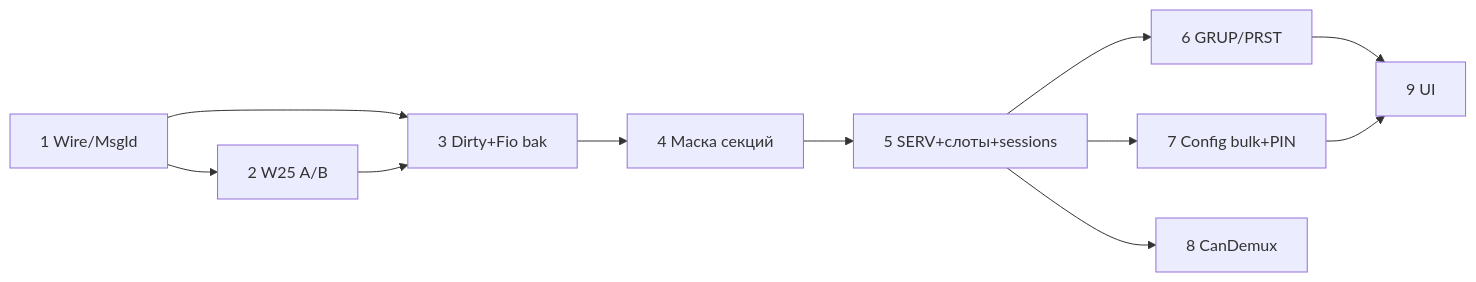
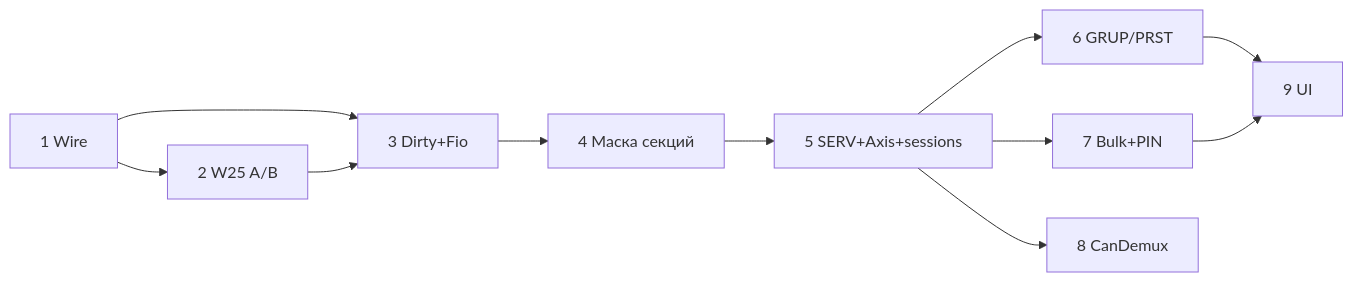
The diagram in PUMS/Console/src/smcp/IMPLEMENTATION.md (gleykinmyu/Embedded), drawn with Mermaid before and after one commit. The commit also changed other lines of this file, not shown here.

````diff
--- a/PUMS/Console/src/smcp/IMPLEMENTATION.md
+++ b/PUMS/Console/src/smcp/IMPLEMENTATION.md
@@ -123,13 +137,13 @@
 ```mermaid
 flowchart LR
-  F1[1 Wire/MsgId] --> F2[2 W25 A/B]
-  F1 --> F3[3 Dirty+Fio bak]
+  F1[1 Wire] --> F2[2 W25 A/B]
+  F1 --> F3[3 Dirty+Fio]
   F2 --> F3
   F3 --> F4[4 Маска секций]
-  F4 --> F5[5 SERV+слоты+sessions]
+  F4 --> F5[5 SERV+Axis+sessions]
   F5 --> F6[6 GRUP/PRST]
-  F5 --> F7[7 Config bulk+PIN]
+  F5 --> F7[7 Bulk+PIN]
+  F5 --> F8[8 CanDemux]
   F6 --> F9[9 UI]
   F7 --> F9
-  F5 --> F8[8 CanDemux]
 ```
````
